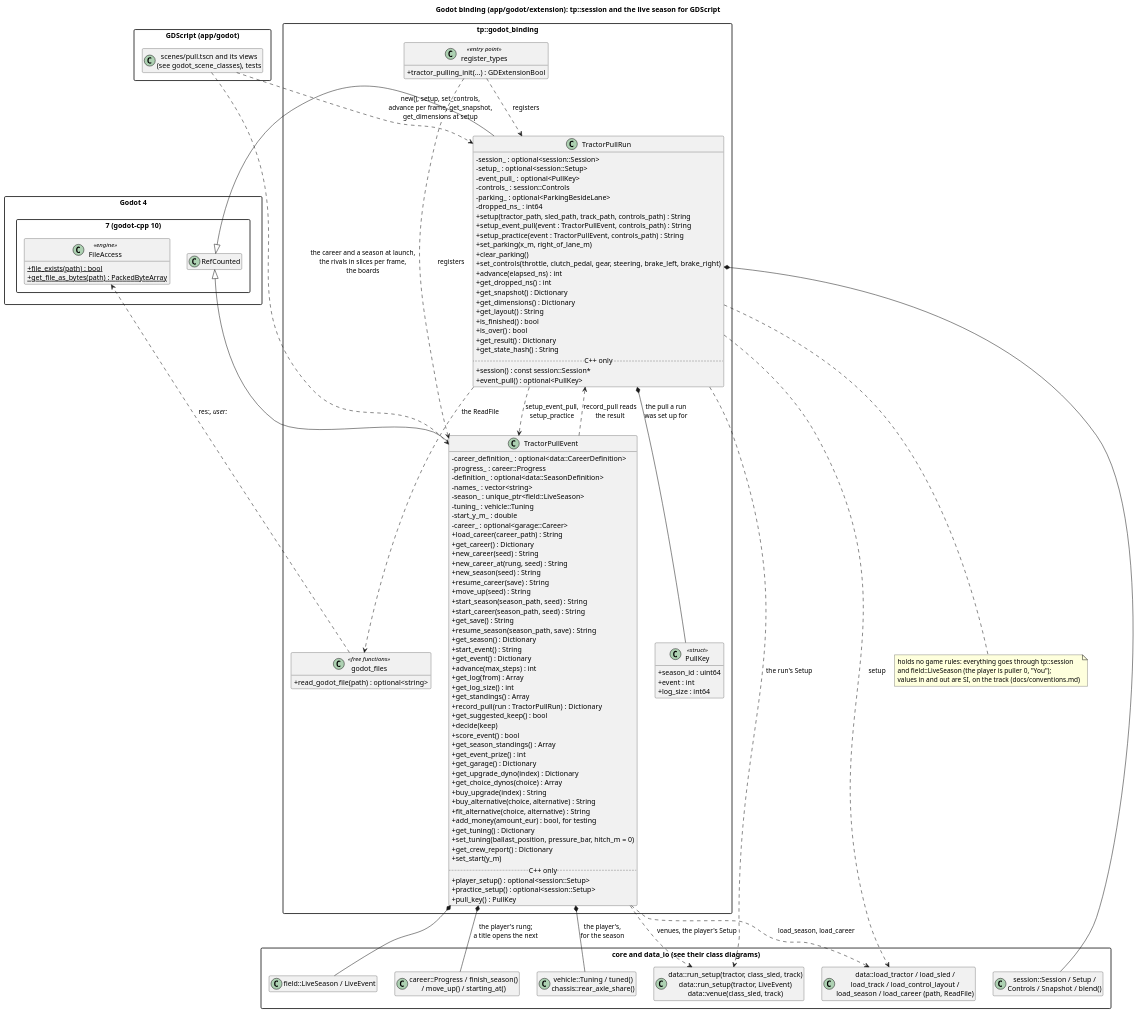
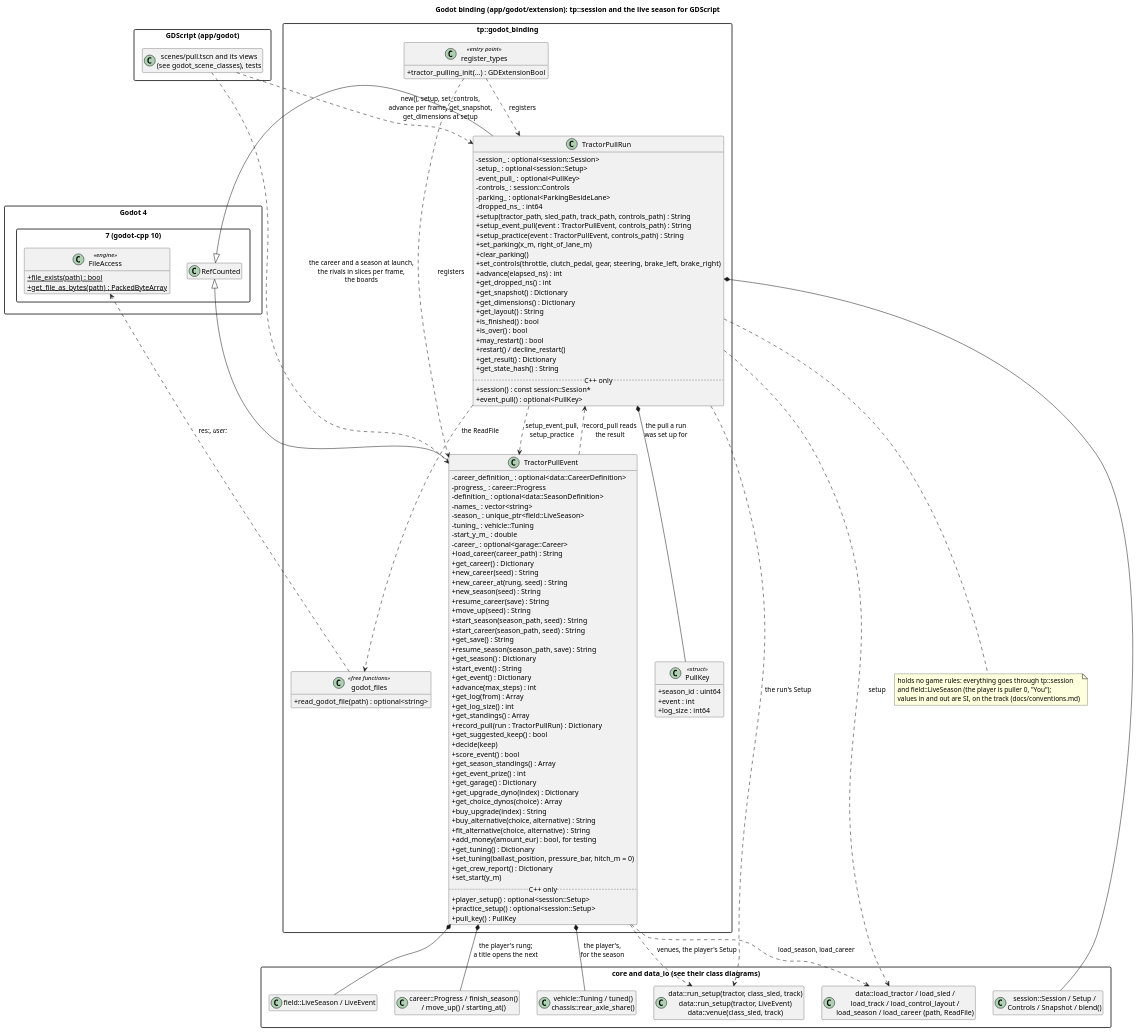
The diagram in docs/diagrams/godot_classes.puml (wversteeg/TractorPulling), drawn with PlantUML before and after one commit. The commit also changed 13 other files, not shown here.

```diff
--- a/docs/diagrams/godot_classes.puml
+++ b/docs/diagrams/godot_classes.puml
@@ -1,141 +1,143 @@
 @startuml godot_classes
 title Godot binding (app/godot/extension): tp::session and the live season for GDScript
 hide empty members
 skinparam packageStyle rectangle
 skinparam classAttributeIconSize 0
 
 package "Godot 4.7 (godot-cpp 10)" {
   class RefCounted
   class FileAccess <<engine>> {
     +{static} file_exists(path) : bool
     +{static} get_file_as_bytes(path) : PackedByteArray
   }
 }
 
 package "tp::godot_binding" {
   class TractorPullRun {
     -session_ : optional<session::Session>
     -setup_ : optional<session::Setup>
     -event_pull_ : optional<PullKey>
     -controls_ : session::Controls
     -parking_ : optional<ParkingBesideLane>
     -dropped_ns_ : int64
     +setup(tractor_path, sled_path, track_path, controls_path) : String
     +setup_event_pull(event : TractorPullEvent, controls_path) : String
     +setup_practice(event : TractorPullEvent, controls_path) : String
     +set_parking(x_m, right_of_lane_m)
     +clear_parking()
     +set_controls(throttle, clutch_pedal, gear, steering, brake_left, brake_right)
     +advance(elapsed_ns) : int
     +get_dropped_ns() : int
     +get_snapshot() : Dictionary
     +get_dimensions() : Dictionary
     +get_layout() : String
     +is_finished() : bool
     +is_over() : bool
+    +may_restart() : bool
+    +restart() / decline_restart()
     +get_result() : Dictionary
     +get_state_hash() : String
     ..C++ only..
     +session() : const session::Session*
     +event_pull() : optional<PullKey>
   }
   class TractorPullEvent {
     -career_definition_ : optional<data::CareerDefinition>
     -progress_ : career::Progress
     -definition_ : optional<data::SeasonDefinition>
     -names_ : vector<string>
     -season_ : unique_ptr<field::LiveSeason>
     -tuning_ : vehicle::Tuning
     -start_y_m_ : double
     -career_ : optional<garage::Career>
     +load_career(career_path) : String
     +get_career() : Dictionary
     +new_career(seed) : String
     +new_career_at(rung, seed) : String
     +new_season(seed) : String
     +resume_career(save) : String
     +move_up(seed) : String
     +start_season(season_path, seed) : String
     +start_career(season_path, seed) : String
     +get_save() : String
     +resume_season(season_path, save) : String
     +get_season() : Dictionary
     +start_event() : String
     +get_event() : Dictionary
     +advance(max_steps) : int
     +get_log(from) : Array
     +get_log_size() : int
     +get_standings() : Array
     +record_pull(run : TractorPullRun) : Dictionary
     +get_suggested_keep() : bool
     +decide(keep)
     +score_event() : bool
     +get_season_standings() : Array
     +get_event_prize() : int
     +get_garage() : Dictionary
     +get_upgrade_dyno(index) : Dictionary
     +get_choice_dynos(choice) : Array
     +buy_upgrade(index) : String
     +buy_alternative(choice, alternative) : String
     +fit_alternative(choice, alternative) : String
     +add_money(amount_eur) : bool, for testing
     +get_tuning() : Dictionary
     +set_tuning(ballast_position, pressure_bar, hitch_m = 0)
     +get_crew_report() : Dictionary
     +set_start(y_m)
     ..C++ only..
     +player_setup() : optional<session::Setup>
     +practice_setup() : optional<session::Setup>
     +pull_key() : PullKey
   }
   class PullKey <<struct>> {
     +season_id : uint64
     +event : int
     +log_size : int64
   }
   TractorPullRun *-- PullKey : the pull a run\nwas set up for
   class "godot_files" as Files <<free functions>> {
     +read_godot_file(path) : optional<string>
   }
   class "register_types" as Register <<entry point>> {
     +tractor_pulling_init(...) : GDExtensionBool
   }
 }
 
 package "core and data_io (see their class diagrams)" {
   class "session::Session / Setup /\nControls / Snapshot / blend()" as Session
   class "data::load_tractor / load_sled /\nload_track / load_control_layout /\nload_season / load_career (path, ReadFile)" as Loaders
   class "data::run_setup(tractor, class_sled, track)\ndata::run_setup(tractor, LiveEvent)\ndata::venue(class_sled, track)" as RunSetup
   class "field::LiveSeason / LiveEvent" as Live
   class "career::Progress / finish_season()\n/ move_up() / starting_at()" as Career
   class "vehicle::Tuning / tuned()\nchassis::rear_axle_share()" as Tuning
 }
 
 package "GDScript (app/godot)" {
   class "scenes/pull.tscn and its views\n(see godot_scene_classes), tests" as Scripts
 }
 
 RefCounted <|-- TractorPullRun
 RefCounted <|-- TractorPullEvent
 Register ..> TractorPullRun : registers
 Register ..> TractorPullEvent : registers
 TractorPullEvent *-- Live
 TractorPullEvent *-- Tuning : the player's,\nfor the season
 TractorPullEvent ..> Loaders : load_season, load_career
 TractorPullEvent *-- Career : the player's rung;\na title opens the next
 TractorPullEvent ..> RunSetup : venues, the player's Setup
 TractorPullRun ..> TractorPullEvent : setup_event_pull,\nsetup_practice
 TractorPullEvent ..> TractorPullRun : record_pull reads\nthe result
 TractorPullRun *-- Session
 TractorPullRun ..> Loaders : setup
 TractorPullRun ..> RunSetup : the run's Setup
 TractorPullRun ..> Files : the ReadFile
 Files ..> FileAccess : res://, user://
 Scripts ..> TractorPullRun : new(), setup, set_controls,\nadvance per frame, get_snapshot,\nget_dimensions at setup
 Scripts ..> TractorPullEvent : the career and a season at launch,\nthe rivals in slices per frame,\nthe boards
 note bottom of TractorPullRun
   holds no game rules: everything goes through tp::session
   and field::LiveSeason (the player is puller 0, "You");
   values in and out are SI, on the track (docs/conventions.md)
 end note
 @enduml
```
